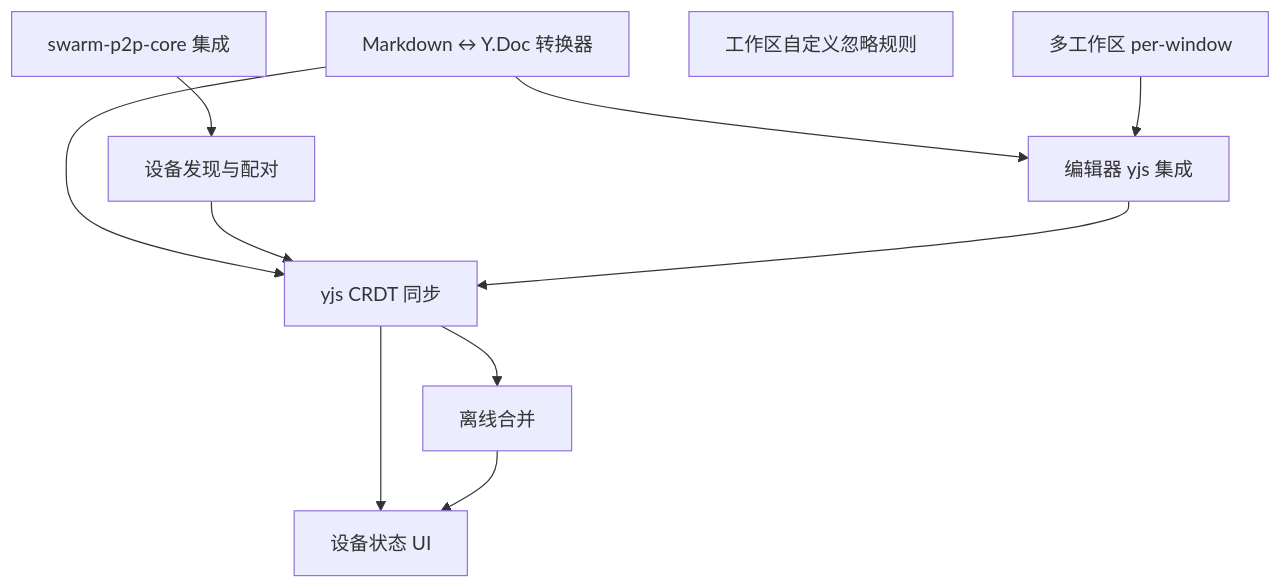
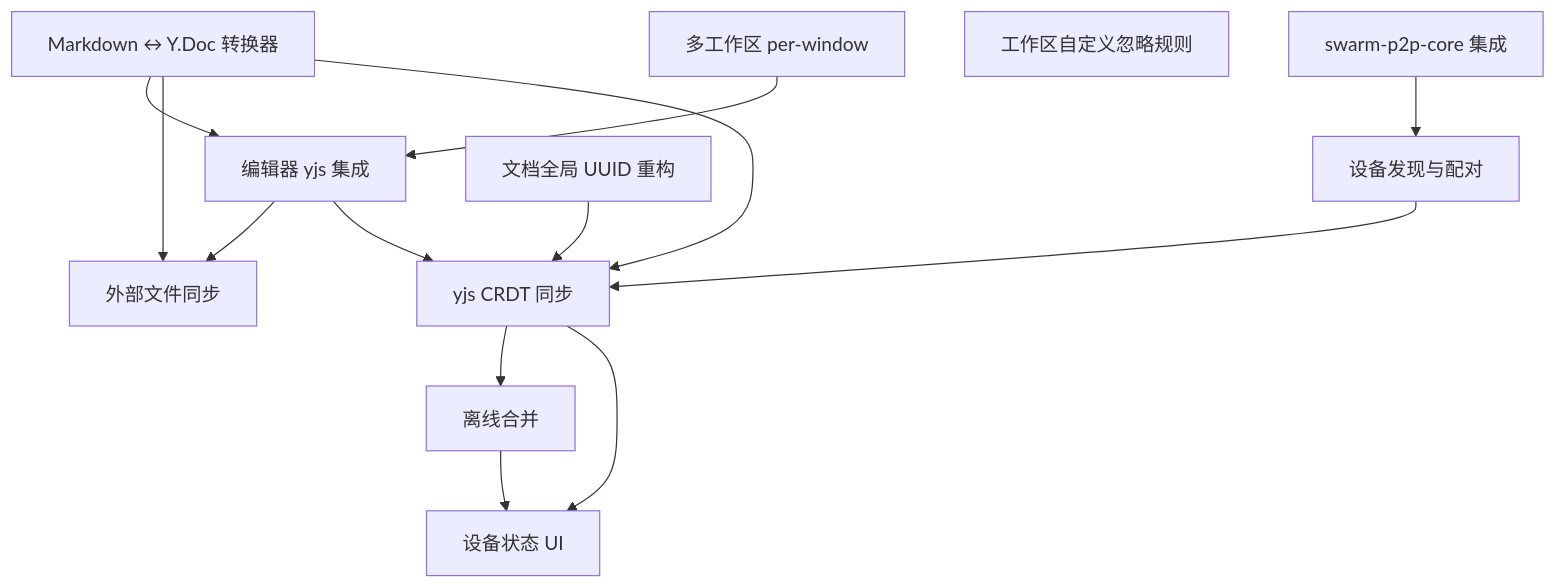
Before and after one commit to yexiyue/SwarmNote: the diagram in milestones/v0.2.0/README.md, drawn with Mermaid. The commit also changed other lines of this file and 18 other files, not shown here.

````diff
--- a/milestones/v0.2.0/README.md
+++ b/milestones/v0.2.0/README.md
@@ -46,22 +46,27 @@
 ```mermaid
 graph TD
     MultiWS[多工作区 per-window]
     Core[swarm-p2p-core 集成]
     IgnoreFilter[工作区自定义忽略规则]
     Converter[Markdown ↔ Y.Doc 转换器]
     Pairing[设备发现与配对]
     YjsEditor[编辑器 yjs 集成]
+    ExtSync[外部文件同步]
+    UUIDRefactor[文档全局 UUID 重构]
     CRDT[yjs CRDT 同步]
     Offline[离线合并]
     DeviceUI[设备状态 UI]
 
     Core --> Pairing
     Converter --> YjsEditor
-    Converter --> CRDT
+    Converter --> ExtSync
     MultiWS --> YjsEditor
+    YjsEditor --> ExtSync
+    UUIDRefactor --> CRDT
     Pairing --> CRDT
     YjsEditor --> CRDT
+    Converter --> CRDT
     CRDT --> Offline
     CRDT --> DeviceUI
     Offline --> DeviceUI
 ```
````
